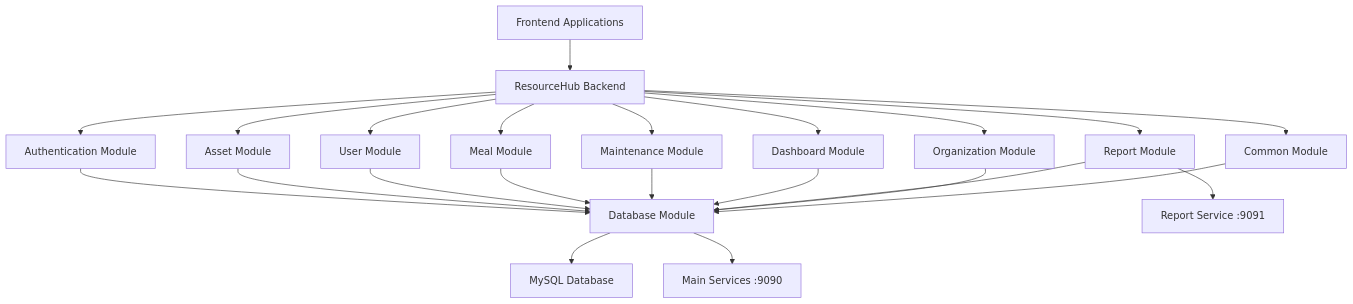
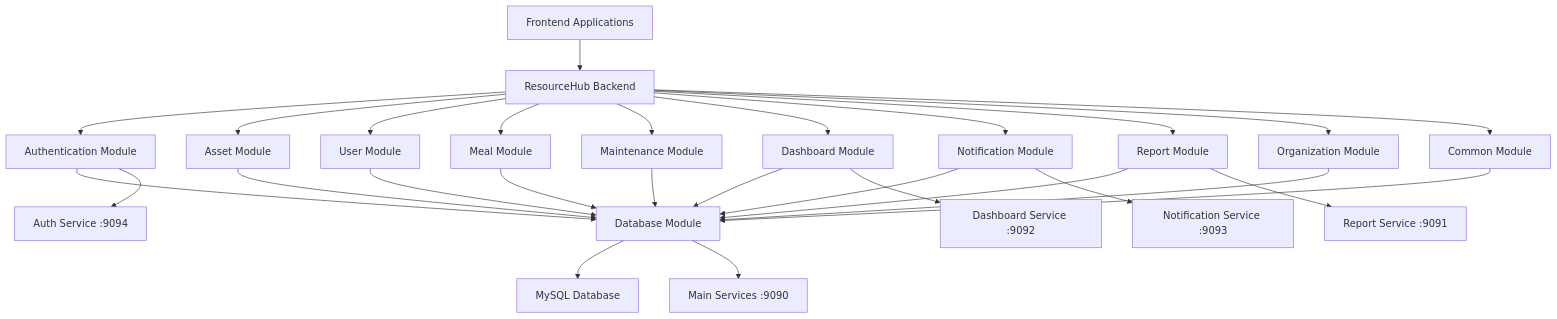
The diagram in Ballerina/README.md (FiveStackDev/Dev_ResourceHub_BackEnd), drawn with Mermaid before and after one commit. The commit also changed other lines of this file, not shown here.

Commit message:
Update README to include Notification module and service details

````diff
--- a/Ballerina/README.md
+++ b/Ballerina/README.md
@@ -53,27 +54,32 @@
 ```mermaid
 graph TB
     A[Frontend Applications] --> B[ResourceHub Backend]
     B --> C[Authentication Module]
     B --> D[Asset Module]
     B --> E[User Module]
     B --> F[Meal Module]
     B --> G[Maintenance Module]
     B --> H[Dashboard Module]
-    B --> I[Report Module]
-    B --> J[Organization Module]
-    B --> K[Common Module]
+    B --> I[Notification Module]
+    B --> J[Report Module]
+    B --> K[Organization Module]
+    B --> L[Common Module]
     
-    C --> L[Database Module]
-    D --> L
-    E --> L
-    F --> L
-    G --> L
-    H --> L
-    I --> L
-    J --> L
-    K --> L
+    C --> M[Database Module]
+    D --> M
+    E --> M
+    F --> M
+    G --> M
+    H --> M
+    I --> M
+    J --> M
+    K --> M
+    L --> M
     
-    L --> M[MySQL Database]
-    I --> N[Report Service :9091]
-    L --> O[Main Services :9090]
+    M --> N[MySQL Database]
+    J --> O[Report Service :9091]
+    H --> P[Dashboard Service :9092]
+    I --> Q[Notification Service :9093]
+    C --> R[Auth Service :9094]
+    M --> S[Main Services :9090]
 ```
````
